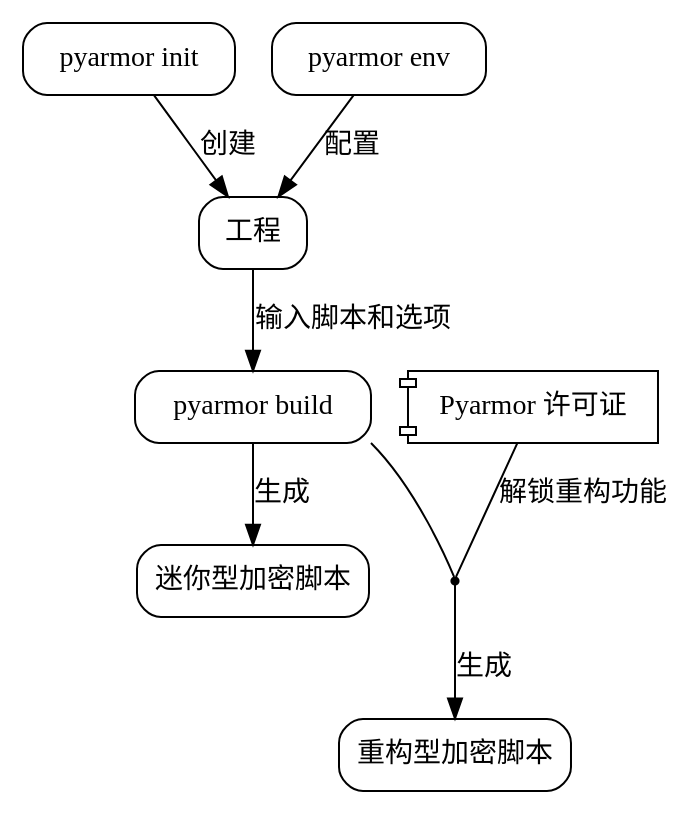
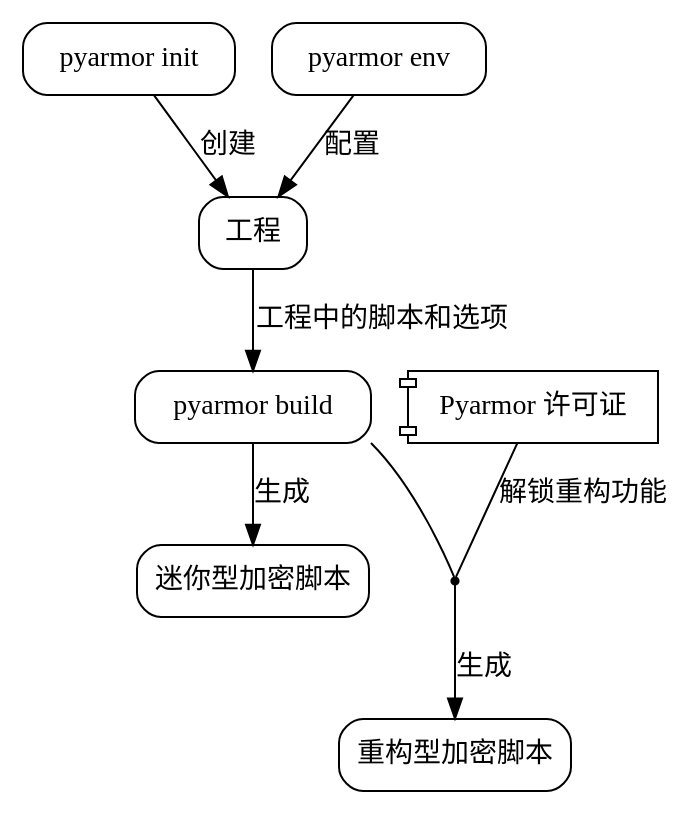
One commit to dashingsoft/dashingsoft.github.io changed the third of 5 diagrams in pyarmor/learn/zh/concepts.rst. Above: the diagram before and after it, drawn with Graphviz. The commit also changed 9 other files, not shown here.

```diff
--- a/pyarmor/learn/zh/concepts.rst
+++ b/pyarmor/learn/zh/concepts.rst
@@ -54,28 +54,28 @@
 .. graphviz::
    :caption: 功能结构图
    :align: center
    :name: g-pyarmor-cli-functions
 
    digraph G {
       node [shape=box, style=rounded, target="_top"]
 
       init [label="pyarmor init", href="commands.html#cmd-init"]
       env [label="pyarmor env", href="commands.html#cmd-env"]
       build [label="pyarmor build", href="commands.html#cmd-build"]
 
       project [label="工程", href="concepts.html#project"]
       miniscript [label="迷你型加密脚本", href="concepts.html#mini-script"]
       rftscript [label="重构型加密脚本", href="concepts.html#rft-script"]
       license [shape=component, label="Pyarmor 许可证", href="https://pyarmor.readthedocs.io/zh/latest/licenses.html"]
       joint [shape=point]
 
       init -> project [label="创建"]
       env -> project [label="配置"]
 
-      project -> build [label="输入脚本和选项"]
+      project -> build [label="工程中的脚本和选项"]
       build -> miniscript [label="生成"]
       joint -> rftscript [label="生成"]
 
       build -> joint [arrowhead=none, tailport=se]
       license -> joint [label="解锁重构功能", arrowhead=none]
    }
```
